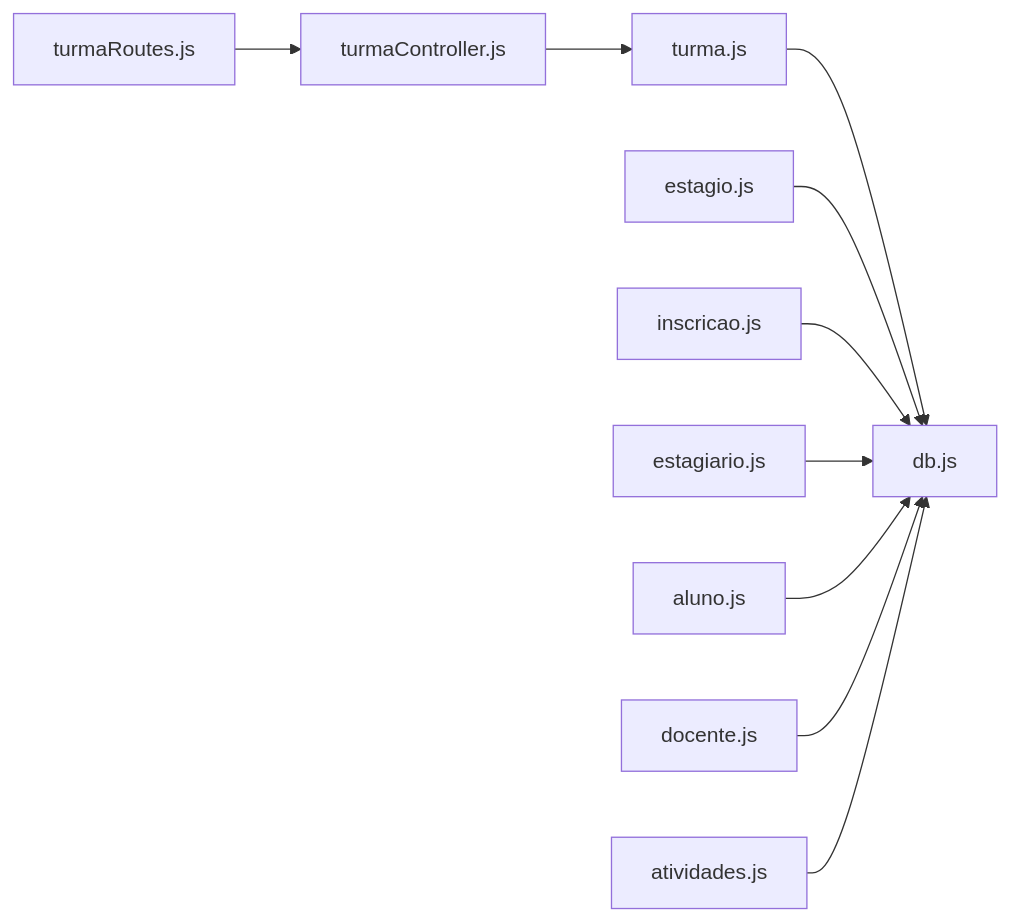
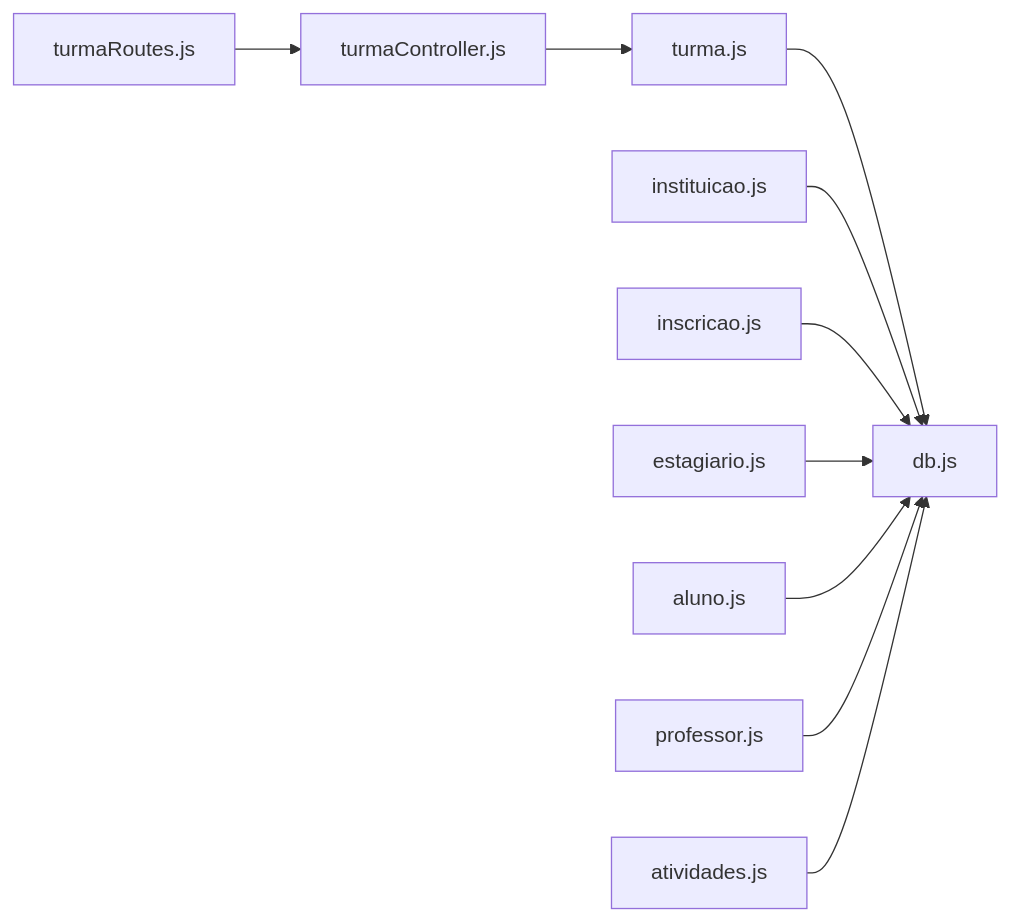
The eighth of 8 diagrams in .qoder/repowiki/en/content/Core Features Implementation/Class Management.md (luiseduacosta/nodemural), drawn with Mermaid before and after one commit. The commit also changed other lines of this file and 25 other files, not shown here.

````diff
--- a/.qoder/repowiki/en/content/Core Features Implementation/Class Management.md
+++ b/.qoder/repowiki/en/content/Core Features Implementation/Class Management.md
@@ -368,12 +368,12 @@
 ```mermaid
 graph LR
 TurmaRoutes["turmaRoutes.js"] --> TurmaController["turmaController.js"]
 TurmaController --> TurmaModel["turma.js"]
 TurmaModel --> DBPool["db.js"]
-EstagioModel["estagio.js"] --> DBPool
+EstagioModel["instituicao.js"] --> DBPool
 InscricaoModel["inscricao.js"] --> DBPool
 EstagiarioModel["estagiario.js"] --> DBPool
 AlunoModel["aluno.js"] --> DBPool
-DocenteModel["docente.js"] --> DBPool
+ProfessorModel["professor.js"] --> DBPool
 AtividadesModel["atividades.js"] --> DBPool
 ```
````
